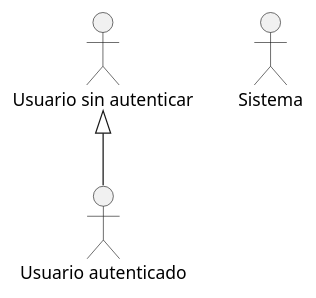
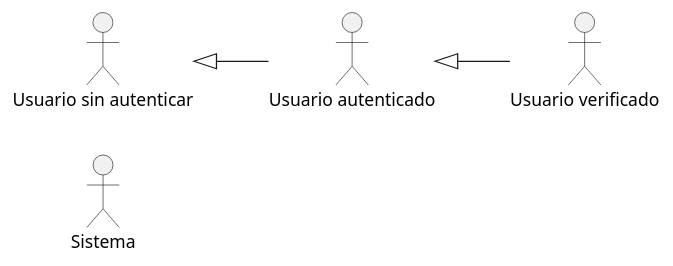
The diagram in docs/anexo1/plants/actores.puml (Luengor/RINL), drawn with PlantUML before and after one commit. The commit also changed 3 other files, not shown here.

Commit message:
actors diagram

```diff
--- a/docs/anexo1/plants/actores.puml
+++ b/docs/anexo1/plants/actores.puml
@@ -1,9 +1,13 @@
 @startuml Actores
 
-:Usuario sin autenticar: as userno
-:Usuario autenticado: as useryes
+left to right direction
 :Sistema: as sys
+:Usuario sin autenticar: as anon
+:Usuario autenticado: as userauth
+:Usuario verificado: as userverif 
 
-userno <|-- useryes
+anon <|-- userauth
+userauth <|-- userverif
+
 
 @enduml
```
